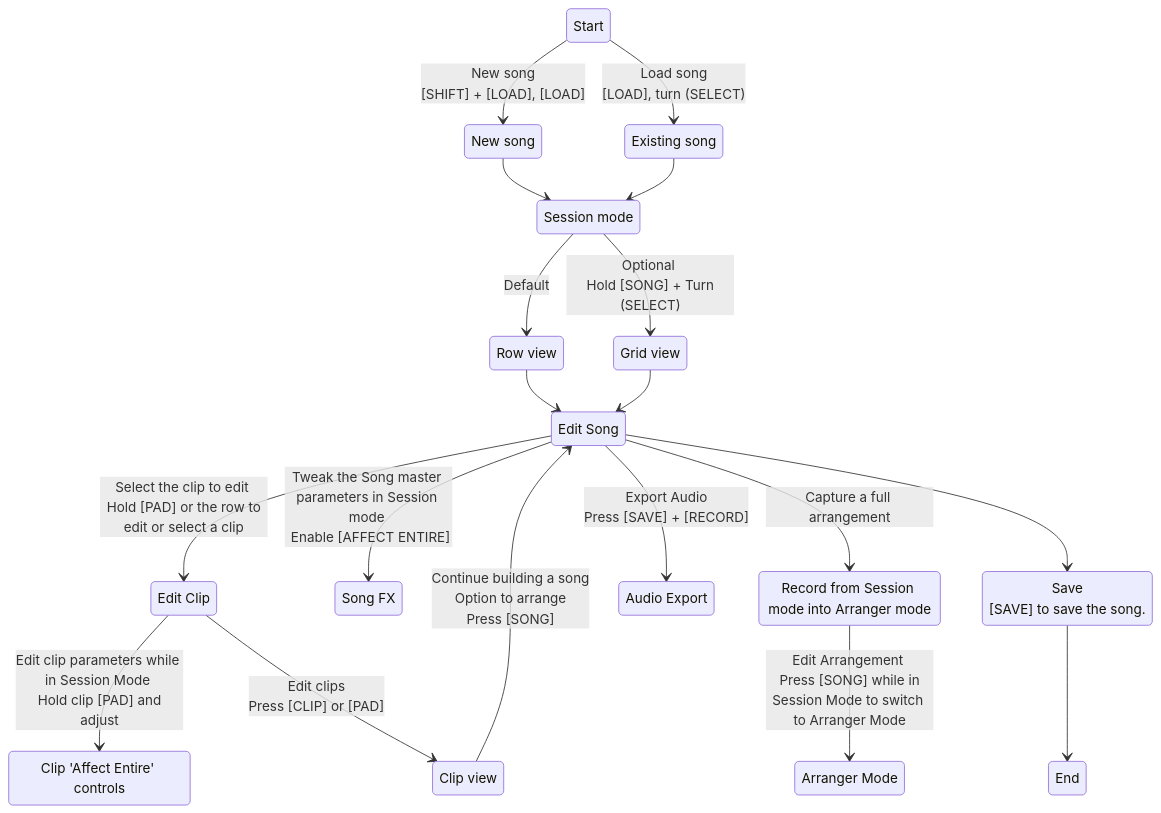
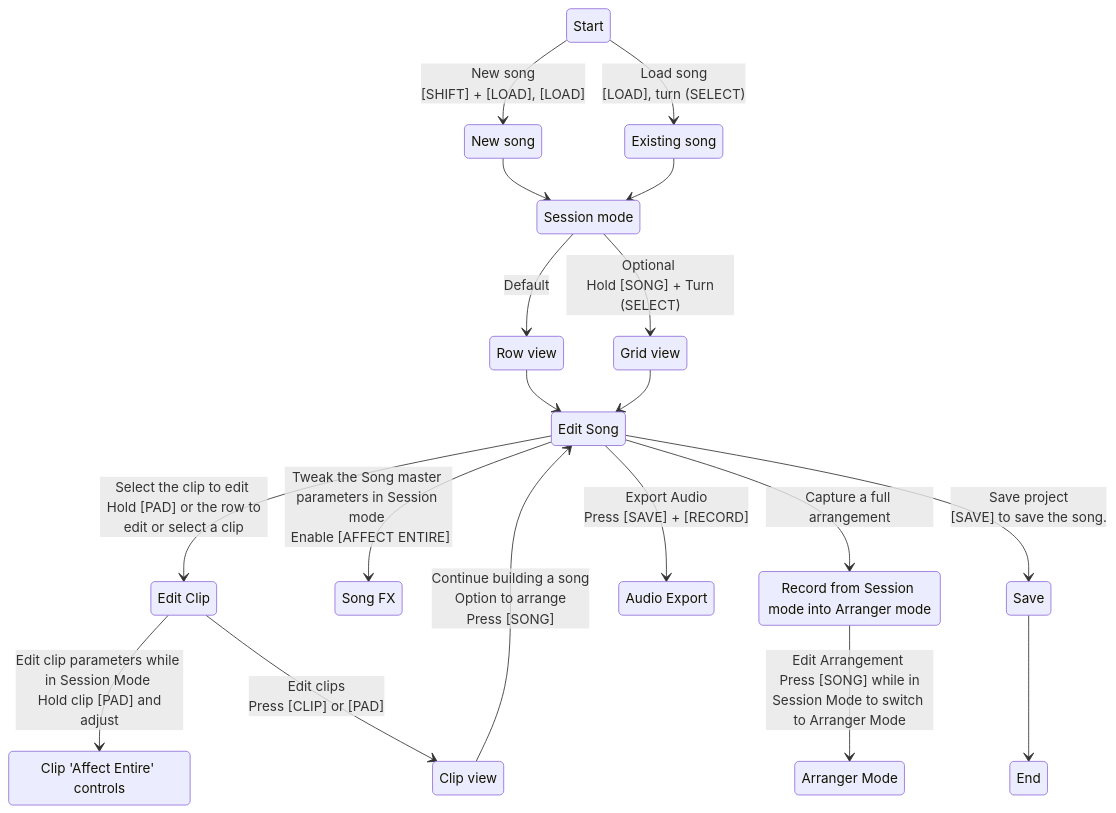
The diagram in docs/documentation/song/song.md (seangoodvibes/DelugeDocs), drawn with Mermaid before and after one commit.

````diff
--- a/docs/documentation/song/song.md
+++ b/docs/documentation/song/song.md
@@ -9,36 +9,36 @@
 ``` mermaid
 stateDiagram-v2
     Start --> NewSong: New song <br> [SHIFT] + [LOAD], [LOAD]
     Start --> ExistingSong: Load song <br> [LOAD], turn (SELECT)
     NewSong --> SessionMode
     ExistingSong --> SessionMode
     SessionMode --> RowView: Default
     SessionMode --> GridView: Optional <br> Hold [SONG] + Turn (SELECT)
     RowView --> EditSong
     GridView --> EditSong
     EditSong --> EditClip: Select the clip to edit <br> Hold [PAD] or the row to edit or select a clip
     EditClip --> ClipParameters: Edit clip parameters while in Session Mode <br> Hold clip [PAD] and adjust
     EditClip --> ClipView: Edit clips <br> Press [CLIP] or [PAD]
     ClipView --> EditSong: Continue building a song <br> Option to arrange <br> Press [SONG]
     EditSong --> SongFX: Tweak the Song master parameters in Session mode <br> Enable [AFFECT ENTIRE]
     EditSong --> RecordToArranger: Capture a full arrangement
     RecordToArranger --> ArrangerMode: Edit Arrangement <br> Press [SONG] while in Session Mode to switch to Arranger Mode
     EditSong --> AudioExport: Export Audio <br> Press [SAVE] + [RECORD]
-    EditSong --> Save
+    EditSong --> Save: Save project <br> [SAVE] to save the song.
     Save --> End
 
     NewSong: New song
     ExistingSong: Existing song   
     SessionMode: Session mode   
     RowView: Row view
     GridView: Grid view  
     EditSong: Edit Song
     EditClip: Edit Clip
     ClipParameters: Clip 'Affect Entire' controls
     ClipView: Clip view
     SongFX: Song FX
     RecordToArranger: Record from Session mode into Arranger mode
     ArrangerMode: Arranger Mode
     AudioExport: Audio Export
-    Save: Save <br> [SAVE] to save the song.
+    Save: Save
 ```
````
